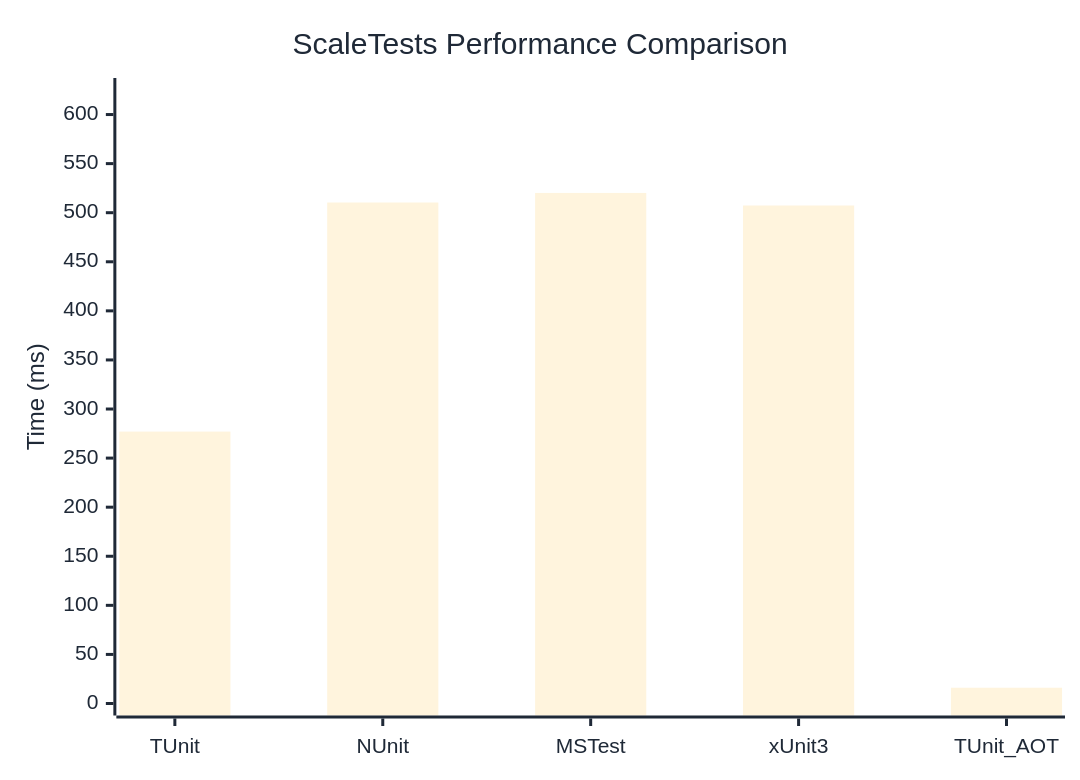
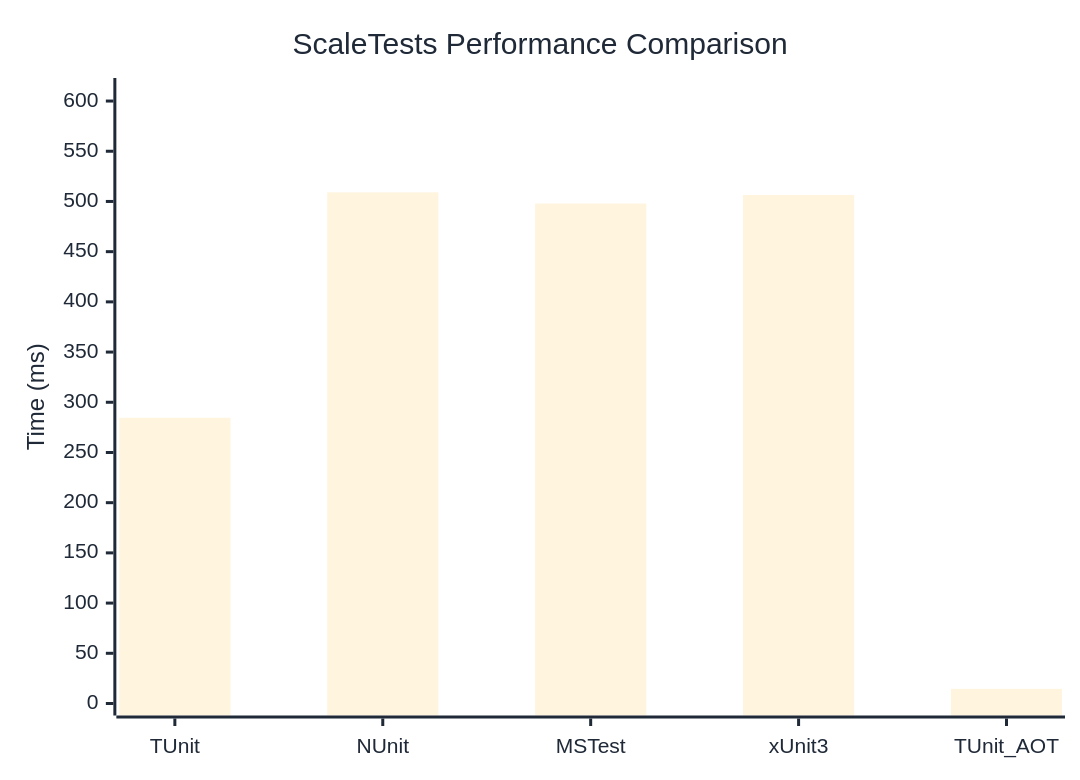
One commit to thomhurst/TUnit changed the diagram in docs/docs/benchmarks/engine/ScaleTests.md. Above: the diagram before and after it, drawn with Mermaid. The commit also changed other lines of this file and 18 other files, not shown here.

````diff
--- a/docs/docs/benchmarks/engine/ScaleTests.md
+++ b/docs/docs/benchmarks/engine/ScaleTests.md
@@ -29,37 +29,37 @@
 ```mermaid
 %%{init: {
   'theme':'base',
   'themeVariables': {
     'primaryColor': '#2563eb',
     'primaryTextColor': '#1f2937',
     'primaryBorderColor': '#1e40af',
     'lineColor': '#6b7280',
     'secondaryColor': '#7c3aed',
     'tertiaryColor': '#dc2626',
     'background': '#ffffff',
     'mainBkg': '#2563eb',
     'secondBkg': '#7c3aed',
     'tertiaryBkg': '#dc2626',
     'clusterBkg': '#f3f4f6',
     'edgeLabelBackground': '#ffffff',
     'tertiaryTextColor': '#1f2937',
     'pie1': '#2563eb',
     'pie2': '#7c3aed',
     'pie3': '#dc2626',
     'pie4': '#f59e0b',
     'pie5': '#10b981',
     'pie6': '#06b6d4',
     'pie7': '#ec4899',
     'pie8': '#6366f1',
     'pie9': '#84cc16',
     'pie10': '#f97316',
     'pie11': '#14b8a6',
     'pie12': '#a855f7'
   }
 }}%%
 xychart-beta
   title "ScaleTests Performance Comparison"
   x-axis ["TUnit", "NUnit", "MSTest", "xUnit3", "TUnit_AOT"]
-  y-axis "Time (ms)" 0 --> 625
-  bar [277.02, 510.38, 520.14, 507.34, 16.05]
+  y-axis "Time (ms)" 0 --> 611
+  bar [284.56, 509.08, 497.92, 506.4, 14.57]
 ```
````
